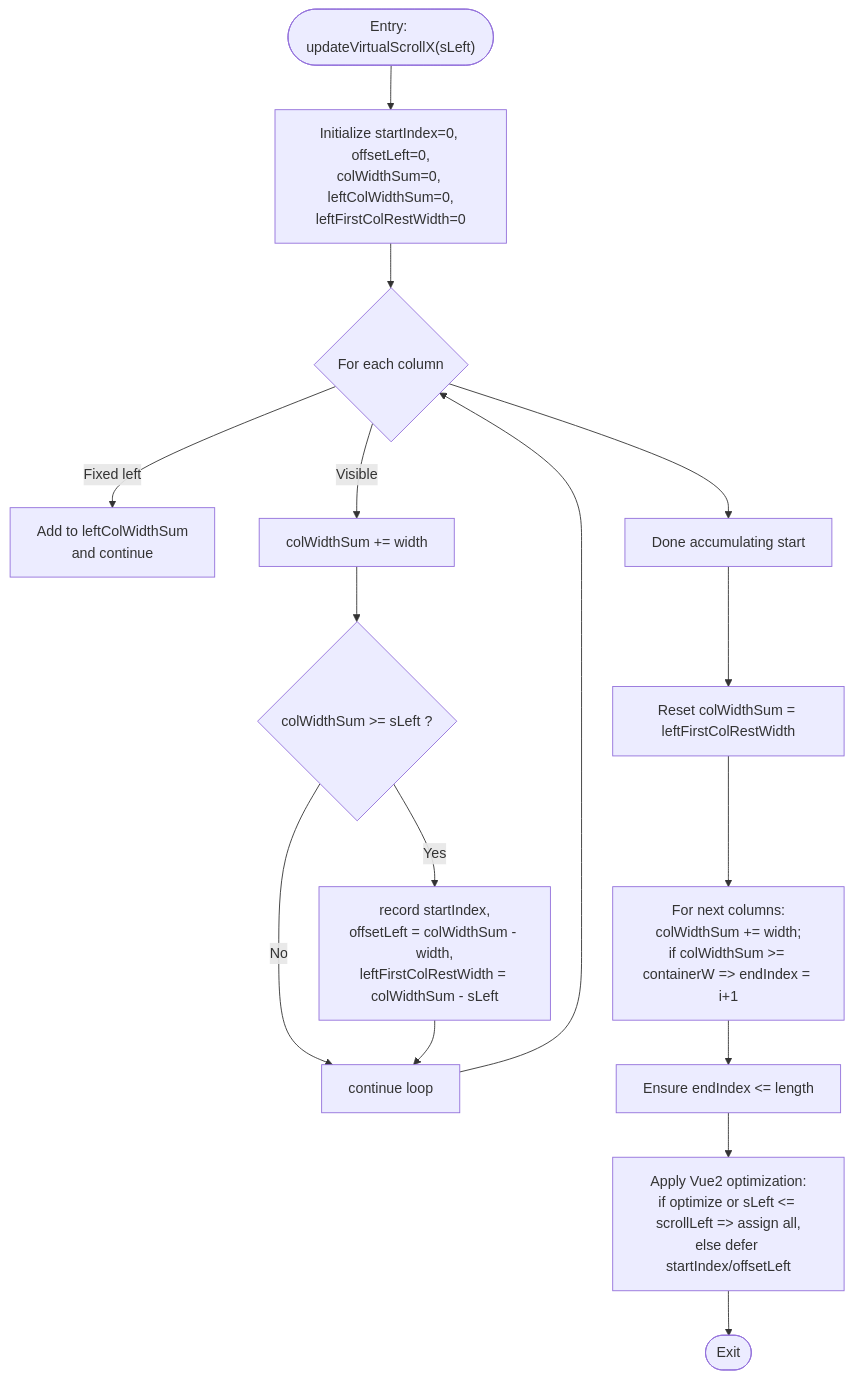
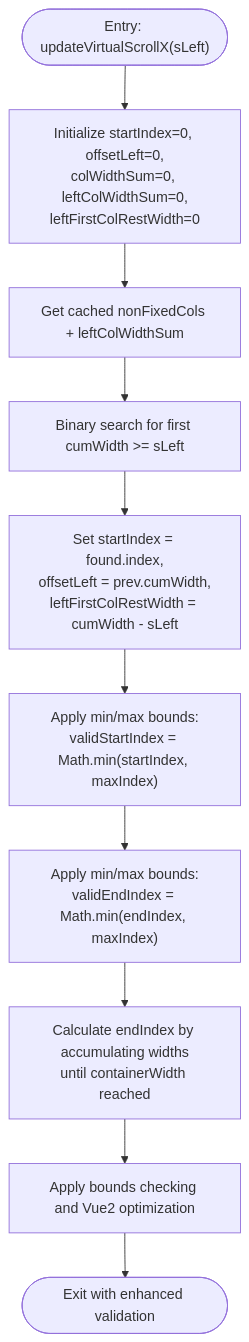
One commit to ja-plus/stk-table-vue changed the seventh of 12 diagrams in .qoder/repowiki/en/content/Advanced Features/Virtual Scrolling/Horizontal Virtual Scrolling.md. Above: the diagram before and after it, drawn with Mermaid. The commit also changed other lines of this file and 7 other files, not shown here.

````diff
--- a/.qoder/repowiki/en/content/Advanced Features/Virtual Scrolling/Horizontal Virtual Scrolling.md
+++ b/.qoder/repowiki/en/content/Advanced Features/Virtual Scrolling/Horizontal Virtual Scrolling.md
@@ -135,18 +284,12 @@
 ```mermaid
 flowchart TD
 Start(["Entry: updateVirtualScrollX(sLeft)"]) --> Init["Initialize startIndex=0, offsetLeft=0,<br/>colWidthSum=0, leftColWidthSum=0,<br/>leftFirstColRestWidth=0"]
-Init --> Loop{"For each column"}
-Loop --> |Fixed left| SkipLeft["Add to leftColWidthSum<br/>and continue"]
-Loop --> |Visible| Acc["colWidthSum += width"]
-Acc --> CheckStart{"colWidthSum >= sLeft ?"}
-CheckStart --> |Yes| SetStart["record startIndex,<br/>offsetLeft = colWidthSum - width,<br/>leftFirstColRestWidth = colWidthSum - sLeft"]
-CheckStart --> |No| Next["continue loop"]
-SetStart --> Next
-Next --> Loop
-Loop --> DoneAcc["Done accumulating start"]
-DoneAcc --> CalcEnd["Reset colWidthSum = leftFirstColRestWidth"]
-CalcEnd --> Fill["For next columns:<br/>colWidthSum += width;<br/>if colWidthSum >= containerW => endIndex = i+1"]
-Fill --> Bounds["Ensure endIndex <= length"]
-Bounds --> Optimize["Apply Vue2 optimization:<br/>if optimize or sLeft <= scrollLeft => assign all,<br/>else defer startIndex/offsetLeft"]
-Optimize --> End(["Exit"])
+Init --> Cache["Get cached nonFixedCols + leftColWidthSum"]
+Cache --> Binary["Binary search for first cumWidth >= sLeft"]
+Binary --> Found["Set startIndex = found.index,<br/>offsetLeft = prev.cumWidth,<br/>leftFirstColRestWidth = cumWidth - sLeft"]
+Found --> ValidStart["Apply min/max bounds:<br/>validStartIndex = Math.min(startIndex, maxIndex)"]
+ValidStart --> ValidEnd["Apply min/max bounds:<br/>validEndIndex = Math.min(endIndex, maxIndex)"]
+ValidEnd --> EndCalc["Calculate endIndex by accumulating widths<br/>until containerWidth reached"]
+EndCalc --> Bounds["Apply bounds checking and Vue2 optimization"]
+Bounds --> End(["Exit with enhanced validation"])
 ```
````
